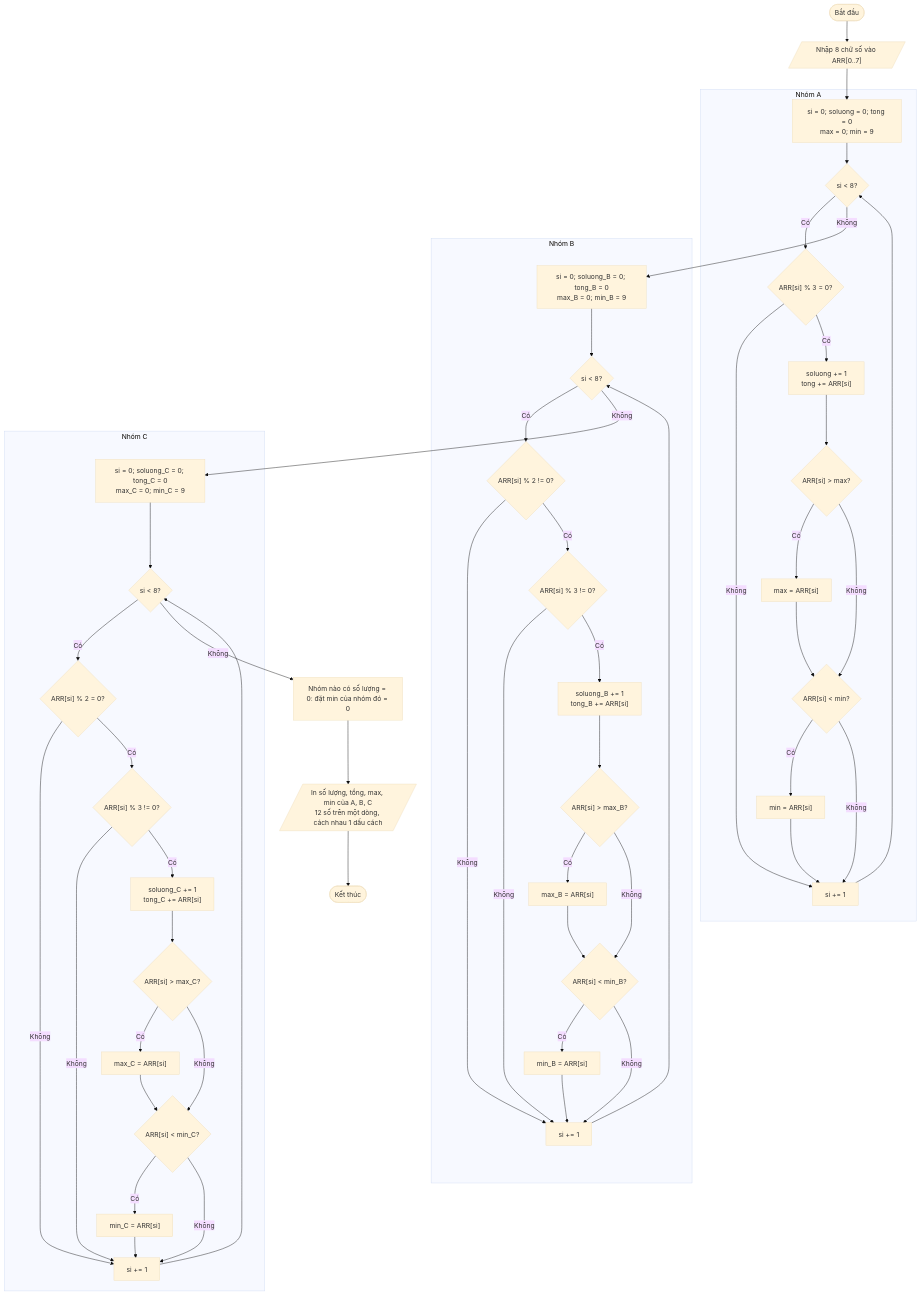
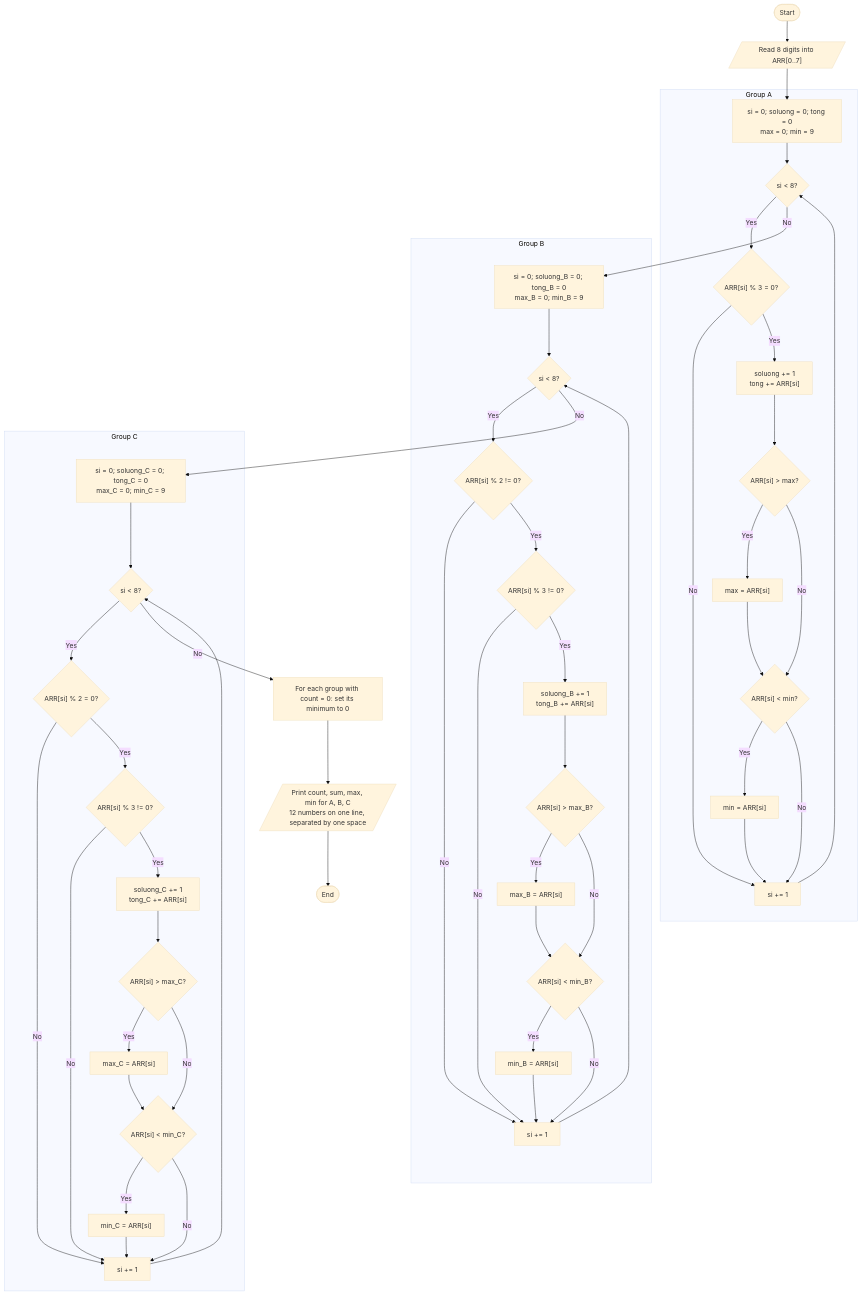
Before and after one commit to THanhPhan356/assembly-with-emu-8086: the diagram in example/group_a_statistics/flowchart.mmd, drawn with Mermaid (base theme). The commit also changed 3 other files, not shown here.

First line of the commit message:
docs: translate exercise 1 solution and flowchart into English

```diff
--- a/example/group_a_statistics/flowchart.mmd
+++ b/example/group_a_statistics/flowchart.mmd
@@ -1,85 +1,85 @@
 flowchart TB
-accTitle: Lưu đồ phân loại tám chữ số
-accDescr: Nhập tám chữ số, duyệt lần lượt nhóm A rồi B rồi C. Mỗi vòng duyệt tính số lượng, tổng, lớn nhất, nhỏ nhất. Nhóm rỗng đặt min bằng không, sau đó in đúng mười hai kết quả.
-start(["Bắt đầu"]) --> input_digits[/"Nhập 8 chữ số vào ARR[0..7]"/]
+accTitle: Eight-digit classification flowchart
+accDescr: Read eight digits, then scan groups A, B, and C in order. Each scan computes count, sum, maximum, and minimum. Set an empty group's minimum to zero, then print all twelve results.
+start(["Start"]) --> input_digits[/"Read 8 digits into ARR[0..7]"/]
 input_digits --> init_A
-subgraph group_A["Nhóm A"]
+subgraph group_A["Group A"]
     init_A["si = 0; soluong = 0; tong = 0<br/>max = 0; min = 9"]
     check_A{"si &lt; 8?"}
     test_A{"ARR[si] % 3 = 0?"}
     add_A["soluong += 1<br/>tong += ARR[si]"]
     max_test_A{"ARR[si] &gt; max?"}
     max_set_A["max = ARR[si]"]
     min_test_A{"ARR[si] &lt; min?"}
     min_set_A["min = ARR[si]"]
     next_A["si += 1"]
     init_A --> check_A
-    check_A -->|Có| test_A
-    test_A -->|Không| next_A
-    test_A -->|Có| add_A
+    check_A -->|Yes| test_A
+    test_A -->|No| next_A
+    test_A -->|Yes| add_A
     add_A --> max_test_A
-    max_test_A -->|Có| max_set_A
-    max_test_A -->|Không| min_test_A
+    max_test_A -->|Yes| max_set_A
+    max_test_A -->|No| min_test_A
     max_set_A --> min_test_A
-    min_test_A -->|Có| min_set_A
-    min_test_A -->|Không| next_A
+    min_test_A -->|Yes| min_set_A
+    min_test_A -->|No| next_A
     min_set_A --> next_A
     next_A --> check_A
 end
-subgraph group_B["Nhóm B"]
+subgraph group_B["Group B"]
     init_B["si = 0; soluong_B = 0; tong_B = 0<br/>max_B = 0; min_B = 9"]
     check_B{"si &lt; 8?"}
     test_B{"ARR[si] % 2 != 0?"}
     div3_B{"ARR[si] % 3 != 0?"}
     add_B["soluong_B += 1<br/>tong_B += ARR[si]"]
     max_test_B{"ARR[si] &gt; max_B?"}
     max_set_B["max_B = ARR[si]"]
     min_test_B{"ARR[si] &lt; min_B?"}
     min_set_B["min_B = ARR[si]"]
     next_B["si += 1"]
     init_B --> check_B
-    check_B -->|Có| test_B
-    test_B -->|Không| next_B
-    test_B -->|Có| div3_B
-    div3_B -->|Không| next_B
-    div3_B -->|Có| add_B
+    check_B -->|Yes| test_B
+    test_B -->|No| next_B
+    test_B -->|Yes| div3_B
+    div3_B -->|No| next_B
+    div3_B -->|Yes| add_B
     add_B --> max_test_B
-    max_test_B -->|Có| max_set_B
-    max_test_B -->|Không| min_test_B
+    max_test_B -->|Yes| max_set_B
+    max_test_B -->|No| min_test_B
     max_set_B --> min_test_B
-    min_test_B -->|Có| min_set_B
-    min_test_B -->|Không| next_B
+    min_test_B -->|Yes| min_set_B
+    min_test_B -->|No| next_B
     min_set_B --> next_B
     next_B --> check_B
 end
-subgraph group_C["Nhóm C"]
+subgraph group_C["Group C"]
     init_C["si = 0; soluong_C = 0; tong_C = 0<br/>max_C = 0; min_C = 9"]
     check_C{"si &lt; 8?"}
     test_C{"ARR[si] % 2 = 0?"}
     div3_C{"ARR[si] % 3 != 0?"}
     add_C["soluong_C += 1<br/>tong_C += ARR[si]"]
     max_test_C{"ARR[si] &gt; max_C?"}
     max_set_C["max_C = ARR[si]"]
     min_test_C{"ARR[si] &lt; min_C?"}
     min_set_C["min_C = ARR[si]"]
     next_C["si += 1"]
     init_C --> check_C
-    check_C -->|Có| test_C
-    test_C -->|Không| next_C
-    test_C -->|Có| div3_C
-    div3_C -->|Không| next_C
-    div3_C -->|Có| add_C
+    check_C -->|Yes| test_C
+    test_C -->|No| next_C
+    test_C -->|Yes| div3_C
+    div3_C -->|No| next_C
+    div3_C -->|Yes| add_C
     add_C --> max_test_C
-    max_test_C -->|Có| max_set_C
-    max_test_C -->|Không| min_test_C
+    max_test_C -->|Yes| max_set_C
+    max_test_C -->|No| min_test_C
     max_set_C --> min_test_C
-    min_test_C -->|Có| min_set_C
-    min_test_C -->|Không| next_C
+    min_test_C -->|Yes| min_set_C
+    min_test_C -->|No| next_C
     min_set_C --> next_C
     next_C --> check_C
 end
-check_A -->|Không| init_B
-check_B -->|Không| init_C
-check_C -->|Không| empty_groups["Nhóm nào có số lượng = 0: đặt min của nhóm đó = 0"]
-empty_groups --> output_results[/"In số lượng, tổng, max, min của A, B, C<br/>12 số trên một dòng, cách nhau 1 dấu cách"/]
-output_results --> finish(["Kết thúc"])
+check_A -->|No| init_B
+check_B -->|No| init_C
+check_C -->|No| empty_groups["For each group with count = 0: set its minimum to 0"]
+empty_groups --> output_results[/"Print count, sum, max, min for A, B, C<br/>12 numbers on one line, separated by one space"/]
+output_results --> finish(["End"])
```
